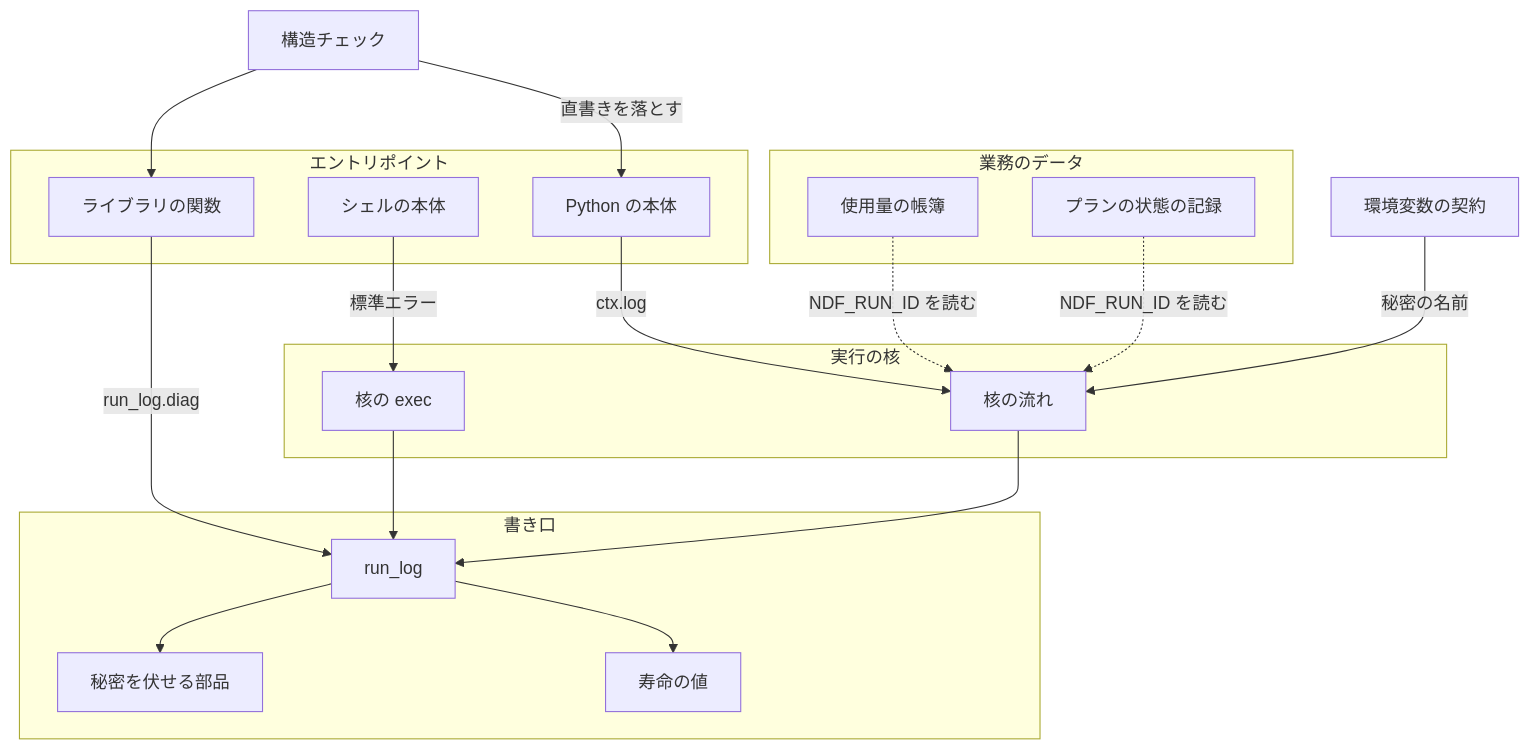
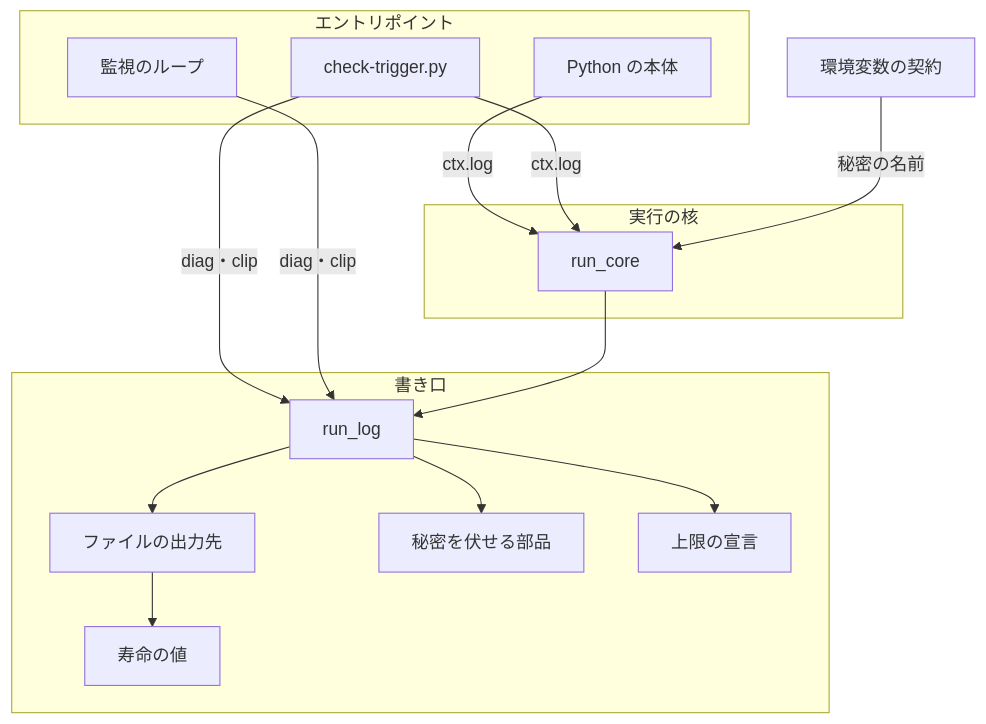
One commit to devbasex/ai-plugins changed the first of 5 diagrams in issues/issue-2338-design.md. Above: the diagram before and after it, drawn with Mermaid. The commit also changed other lines of this file and 1 other file, not shown here.

````diff
--- a/issues/issue-2338-design.md
+++ b/issues/issue-2338-design.md
@@ -119,33 +165,28 @@
 ```mermaid
 graph TD
     subgraph エントリポイント
         PY[Python の本体]
-        LIB[ライブラリの関数]
-        SH[シェルの本体]
+        CT[check-trigger.py]
+        ML[監視のループ]
     end
     subgraph 実行の核
-        K[核の流れ]
-        EX[核の exec]
+        K[run_core]
     end
     subgraph 書き口
         RL[run_log]
+        FS[ファイルの出力先]
         SR[秘密を伏せる部品]
+        LM[上限の宣言]
         KD[寿命の値]
     end
-    subgraph 業務のデータ
-        UL[使用量の帳簿]
-        ST[プランの状態の記録]
-    end
     PY -->|ctx.log| K
-    LIB -->|run_log.diag| RL
-    SH -->|標準エラー| EX
-    EX --> RL
+    CT -->|ctx.log| K
+    CT -->|diag・clip| RL
+    ML -->|diag・clip| RL
     K --> RL
     RL --> SR
-    RL --> KD
-    UL -.->|NDF_RUN_ID を読む| K
-    ST -.->|NDF_RUN_ID を読む| K
-    CT[環境変数の契約] -->|秘密の名前| K
-    CK[構造チェック] -->|直書きを落とす| PY
-    CK --> LIB
+    RL --> LM
+    RL --> FS
+    FS --> KD
+    EC[環境変数の契約] -->|秘密の名前| K
 ```
````
